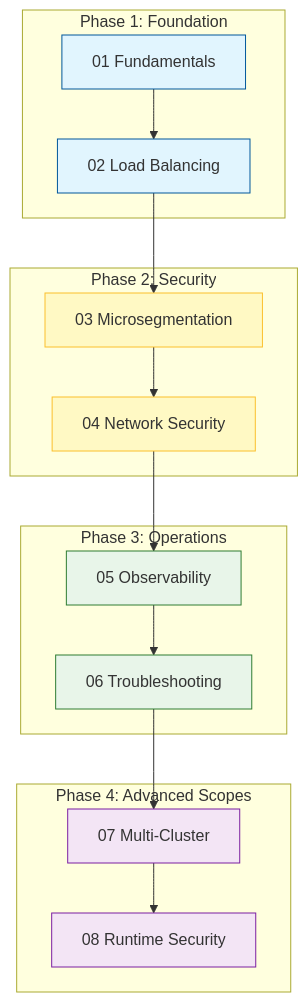
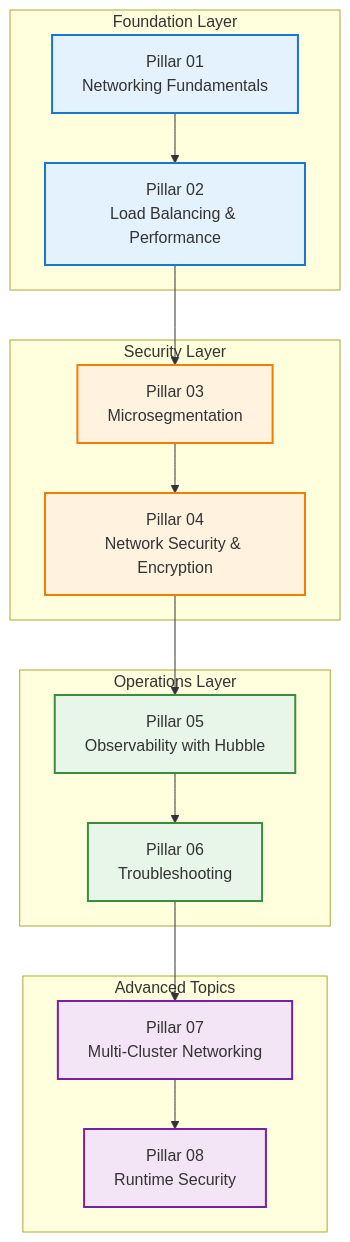
Before and after one commit to Dev10-sys/cilium-pillar-pages-proposal: the first of 34 diagrams in proposals/LFX_Mentorship_Proposal.md, drawn with Mermaid. The commit also changed other lines of this file, not shown here.

Commit message:
Transform proposal into production-grade technical documentation with deep pillar analysis

````diff
--- a/proposals/LFX_Mentorship_Proposal.md
+++ b/proposals/LFX_Mentorship_Proposal.md
@@ -102,26 +75,39 @@
 ```mermaid
-graph TD
-    subgraph "Phase 1: Foundation"
-    P1[01 Fundamentals] --> P2[02 Load Balancing]
+graph TB
+    subgraph Foundation["Foundation Layer"]
+        P1[Pillar 01<br/>Networking Fundamentals]
+        P2[Pillar 02<br/>Load Balancing & Performance]
     end
-    subgraph "Phase 2: Security"
-    P2 --> P3[03 Microsegmentation]
-    P3 --> P4[04 Network Security]
+
+    subgraph Security["Security Layer"]
+        P3[Pillar 03<br/>Microsegmentation]
+        P4[Pillar 04<br/>Network Security & Encryption]
     end
-    subgraph "Phase 3: Operations"
-    P4 --> P5[05 Observability]
-    P5 --> P6[06 Troubleshooting]
+
+    subgraph Operations["Operations Layer"]
+        P5[Pillar 05<br/>Observability with Hubble]
+        P6[Pillar 06<br/>Troubleshooting]
     end
-    subgraph "Phase 4: Advanced Scopes"
-    P6 --> P7[07 Multi-Cluster]
-    P7 --> P8[08 Runtime Security]
+
+    subgraph Advanced["Advanced Topics"]
+        P7[Pillar 07<br/>Multi-Cluster Networking]
+        P8[Pillar 08<br/>Runtime Security]
     end
-    style P1 fill:#e1f5fe,stroke:#01579b
-    style P2 fill:#e1f5fe,stroke:#01579b
-    style P3 fill:#fff9c4,stroke:#fbc02d
-    style P4 fill:#fff9c4,stroke:#fbc02d
-    style P5 fill:#e8f5e9,stroke:#2e7d32
-    style P6 fill:#e8f5e9,stroke:#2e7d32
-    style P7 fill:#f3e5f5,stroke:#7b1fa2
-    style P8 fill:#f3e5f5,stroke:#7b1fa2
+
+    P1 --> P2
+    P2 --> P3
+    P3 --> P4
+    P4 --> P5
+    P5 --> P6
+    P6 --> P7
+    P7 --> P8
+
+    style P1 fill:#e3f2fd,stroke:#1976d2,stroke-width:2px
+    style P2 fill:#e3f2fd,stroke:#1976d2,stroke-width:2px
+    style P3 fill:#fff3e0,stroke:#f57c00,stroke-width:2px
+    style P4 fill:#fff3e0,stroke:#f57c00,stroke-width:2px
+    style P5 fill:#e8f5e9,stroke:#388e3c,stroke-width:2px
+    style P6 fill:#e8f5e9,stroke:#388e3c,stroke-width:2px
+    style P7 fill:#f3e5f5,stroke:#7b1fa2,stroke-width:2px
+    style P8 fill:#f3e5f5,stroke:#7b1fa2,stroke-width:2px
 ```
````
